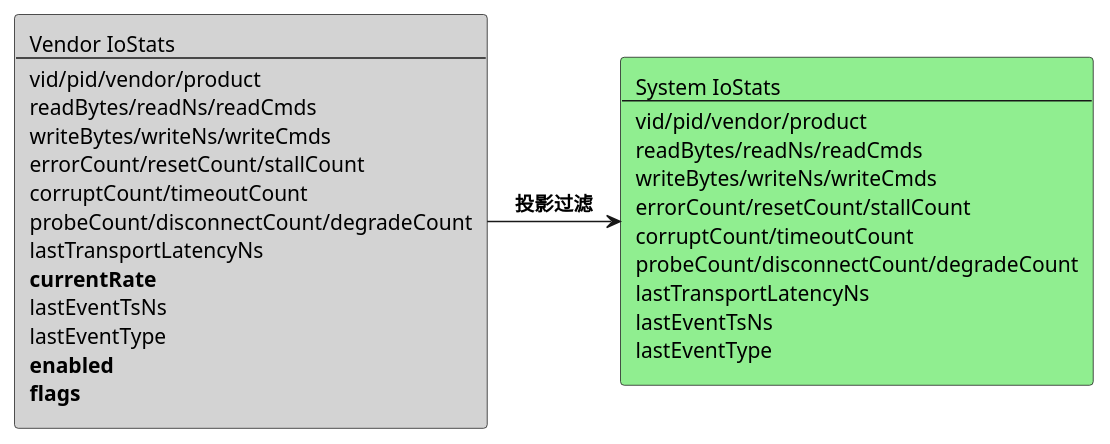
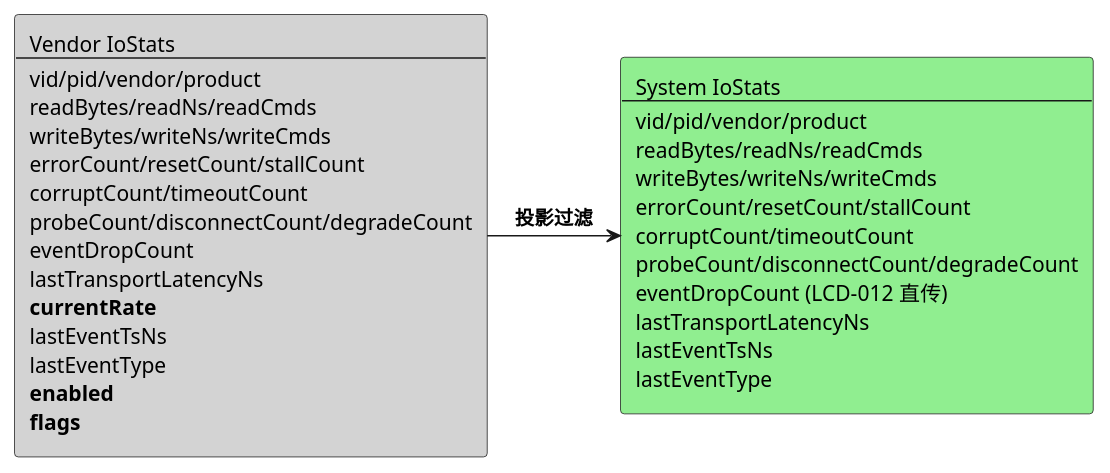
One commit to lechao365/AndroidSystemEnhance changed the sixth of 17 diagrams in docs/02-IO增强/02.03-Daemon增强-lciod-daemon.md. Above: the diagram before and after it, drawn with PlantUML. The commit also changed other lines of this file and 184 other files, not shown here.

````diff
--- a/docs/02-IO增强/02.03-Daemon增强-lciod-daemon.md
+++ b/docs/02-IO增强/02.03-Daemon增强-lciod-daemon.md
@@ -233,9 +233,9 @@
 ```plantuml
 @startuml
-rectangle "Vendor IoStats\n----\nvid/pid/vendor/product\nreadBytes/readNs/readCmds\nwriteBytes/writeNs/writeCmds\nerrorCount/resetCount/stallCount\ncorruptCount/timeoutCount\nprobeCount/disconnectCount/degradeCount\nlastTransportLatencyNs\n**currentRate**\nlastEventTsNs\nlastEventType\n**enabled**\n**flags**" as VENDOR #LightGray
+rectangle "Vendor IoStats\n----\nvid/pid/vendor/product\nreadBytes/readNs/readCmds\nwriteBytes/writeNs/writeCmds\nerrorCount/resetCount/stallCount\ncorruptCount/timeoutCount\nprobeCount/disconnectCount/degradeCount\neventDropCount\nlastTransportLatencyNs\n**currentRate**\nlastEventTsNs\nlastEventType\n**enabled**\n**flags**" as VENDOR #LightGray
 
-rectangle "System IoStats\n----\nvid/pid/vendor/product\nreadBytes/readNs/readCmds\nwriteBytes/writeNs/writeCmds\nerrorCount/resetCount/stallCount\ncorruptCount/timeoutCount\nprobeCount/disconnectCount/degradeCount\nlastTransportLatencyNs\nlastEventTsNs\nlastEventType" as SYSTEM #LightGreen
+rectangle "System IoStats\n----\nvid/pid/vendor/product\nreadBytes/readNs/readCmds\nwriteBytes/writeNs/writeCmds\nerrorCount/resetCount/stallCount\ncorruptCount/timeoutCount\nprobeCount/disconnectCount/degradeCount\neventDropCount (LCD-012 直传)\nlastTransportLatencyNs\nlastEventTsNs\nlastEventType" as SYSTEM #LightGreen
 
 VENDOR -right-> SYSTEM : **投影过滤**
 @enduml
 ```
````
